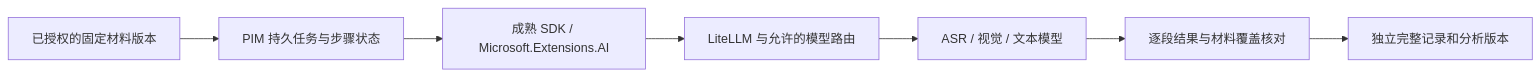
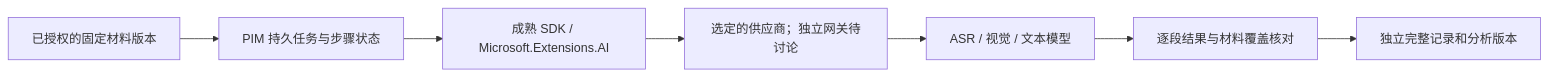
One commit to 2746267826/pim-api changed the diagram in docs/architecture/ai-invocation-foundation.md. Above: the diagram before and after it, drawn with Mermaid. The commit also changed other lines of this file and 2 other files, not shown here.

````diff
--- a/docs/architecture/ai-invocation-foundation.md
+++ b/docs/architecture/ai-invocation-foundation.md
@@ -38,9 +52,9 @@
 ```mermaid
 flowchart LR
     A[已授权的固定材料版本] --> B[PIM 持久任务与步骤状态]
     B --> C[成熟 SDK / Microsoft.Extensions.AI]
-    C --> D[LiteLLM 与允许的模型路由]
+    C --> D[选定的供应商；独立网关待讨论]
     D --> E[ASR / 视觉 / 文本模型]
     E --> F[逐段结果与材料覆盖核对]
     F --> G[独立完整记录和分析版本]
 ```
````
